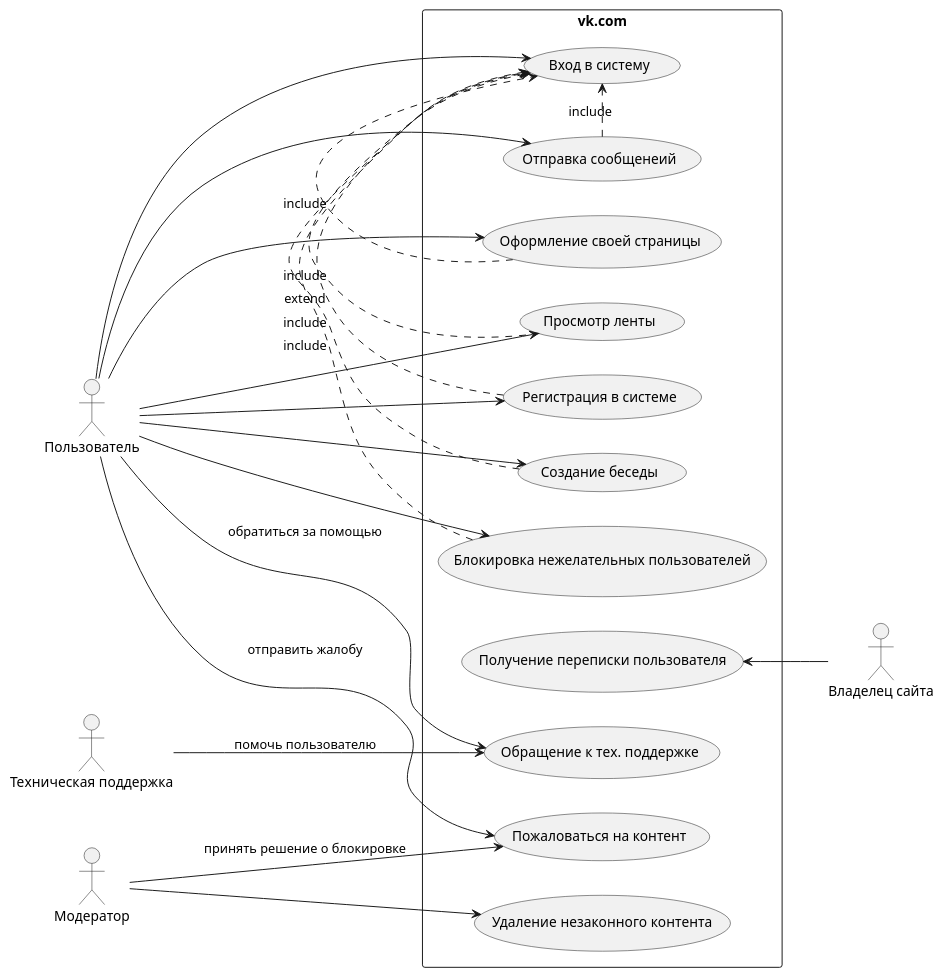
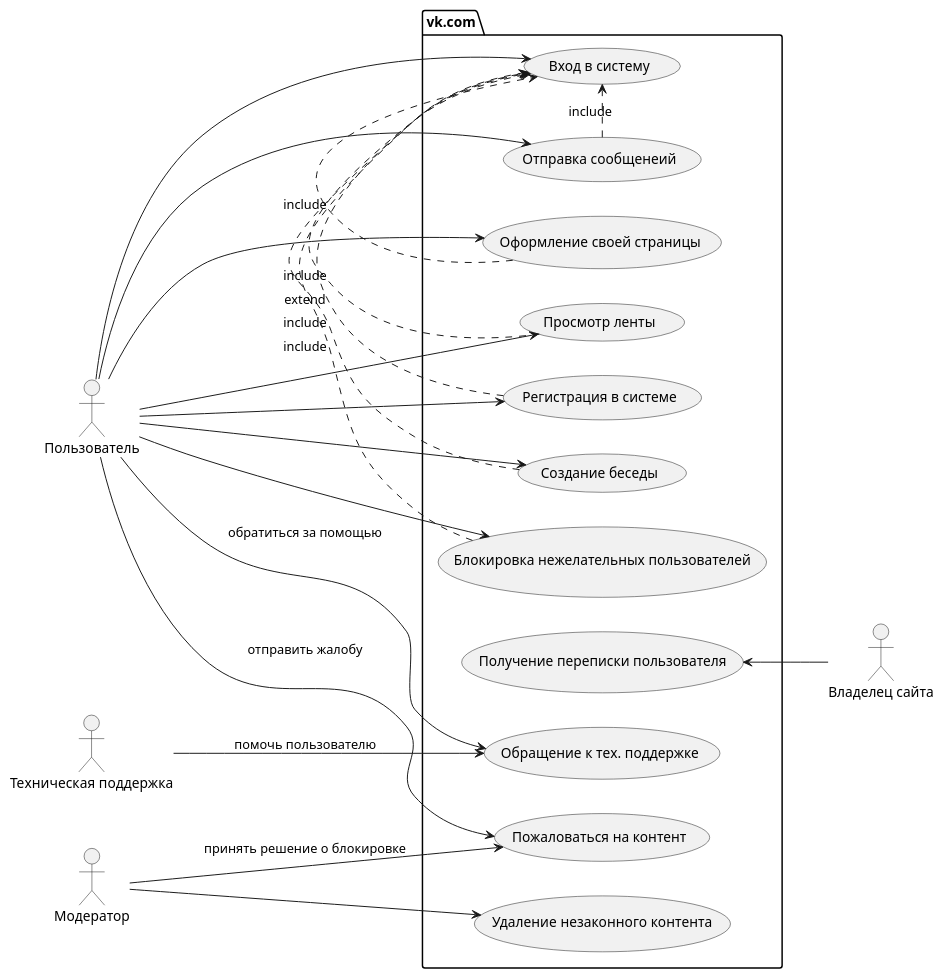
Before and after one commit to FEgor04/labs: the diagram in se-basics/lab1/usecase.plantuml, drawn with PlantUML. The commit also changed 6 other files, not shown here.

```diff
--- a/se-basics/lab1/usecase.plantuml
+++ b/se-basics/lab1/usecase.plantuml
@@ -1,48 +1,50 @@
 @startuml
-left to right direction
+'default
+top to bottom direction
 actor Пользователь as User
 actor "Владелец сайта" as Owner
 actor Модератор as Moder
 actor "Техническая поддержка" as Support
 
-rectangle "vk.com" {
+package "vk.com" {
+  left to right direction
   usecase UC_create as "Создание беседы"
   usecase UC_block as "Блокировка нежелательных пользователей"
   usecase UC_chat as "Отправка сообщенеий"
   usecase UC_page as "Оформление своей страницы"
   usecase UC_feed as "Просмотр ленты"
   usecase UC_signin as "Вход в систему"
   usecase UC_signup as "Регистрация в системе"
   usecase UC_report as "Пожаловаться на контент"
 
   usecase UC_dump as "Получение переписки пользователя"
 
   usecase UC_support_help as "Обращение к тех. поддержке"
 
   usecase UC_illegal as "Удаление незаконного контента"
 
   (UC_create) .> (UC_signin) : include
   (UC_block) .> (UC_signin) : include
   (UC_chat) .> (UC_signin) : include
   (UC_page) .> (UC_signin) : include
   (UC_feed) .> (UC_signin) : include
   (UC_signup) .> (UC_signin) : extend
 }
 
 User --> (UC_create)
 User --> (UC_block)
 User --> (UC_chat)
 User --> (UC_page)
 User --> (UC_feed)
 User --> (UC_signup)
 User --> (UC_signin)
 User --> (UC_support_help) : "обратиться за помощью"
 User --> (UC_report) : "отправить жалобу"
 
 Owner -up-> (UC_dump)
 
 Moder --> (UC_report) : "принять решение о блокировке"
 Moder --> (UC_illegal) 
 
 Support --> (UC_support_help) : "помочь пользователю"
 @enduml
```
